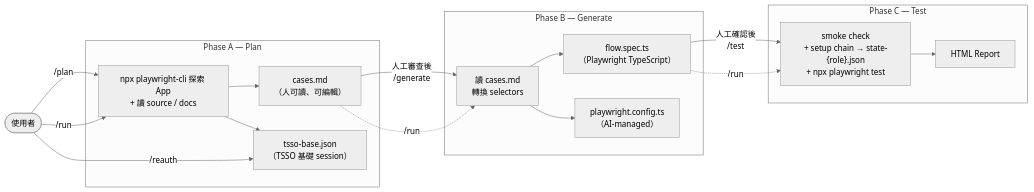
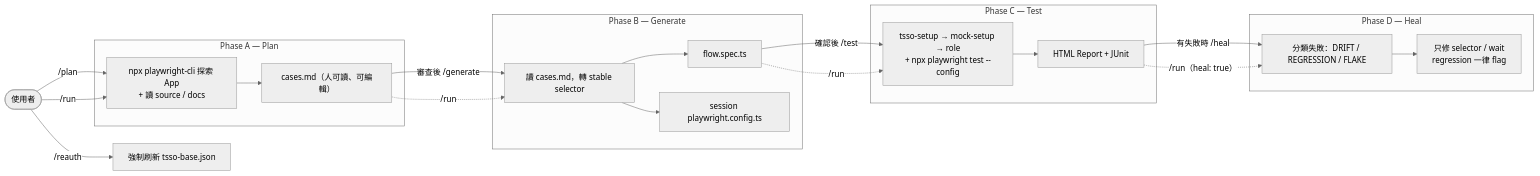
One commit to cuboid0223/qa-engine-cli changed the diagram in README.md. Above: the diagram before and after it, drawn with Mermaid (neutral theme). The commit also changed other lines of this file and 9 other files, not shown here.

````diff
--- a/README.md
+++ b/README.md
@@ -47,32 +50,40 @@
 ```mermaid
 flowchart LR
     User(["使用者"])
 
     User -->|"/plan"| A1
     User -->|"/run"| A1
 
     subgraph A["Phase A — Plan"]
         A1["npx playwright-cli 探索 App\n+ 讀 source / docs"]
-        A1 --> A2["cases.md\n（人可讀、可編輯）"]
-        A1 --> A3["tsso-base.json\n（TSSO 基礎 session）"]
+        A1 --> A2["cases.md（人可讀、可編輯）"]
     end
 
-    A2 -->|"人工審查後\n/generate"| B1
+    A2 -->|"審查後 /generate"| B1
     A2 -.->|"/run"| B1
 
     subgraph B["Phase B — Generate"]
-        B1["讀 cases.md\n轉換 selectors"]
-        B1 --> B2["flow.spec.ts\n（Playwright TypeScript）"]
-        B1 --> B3["playwright.config.ts\n（AI-managed）"]
+        B1["讀 cases.md，轉 stable selector"]
+        B1 --> B2["flow.spec.ts"]
+        B1 --> B3["session playwright.config.ts"]
     end
 
-    B2 -->|"人工確認後\n/test"| C1
+    B2 -->|"確認後 /test"| C1
     B2 -.->|"/run"| C1
 
     subgraph C["Phase C — Test"]
-        C1["smoke check\n+ setup chain → state-{role}.json\n+ npx playwright test"]
-        C1 --> C2["HTML Report"]
+        C1["tsso-setup → mock-setup → role\n+ npx playwright test --config"]
+        C1 --> C2["HTML Report + JUnit"]
     end
 
-    User -->|"/reauth"| A3
+    C2 -->|"有失敗時 /heal"| D1
+    C2 -.->|"/run（heal: true）"| D1
+
+    subgraph D["Phase D — Heal"]
+        D1["分類失敗：DRIFT / REGRESSION / FLAKE"]
+        D1 --> D2["只修 selector / wait\nregression 一律 flag"]
+    end
+
+    User -->|"/reauth"| R1
+    R1["強制刷新 tsso-base.json"]
 ```
````
